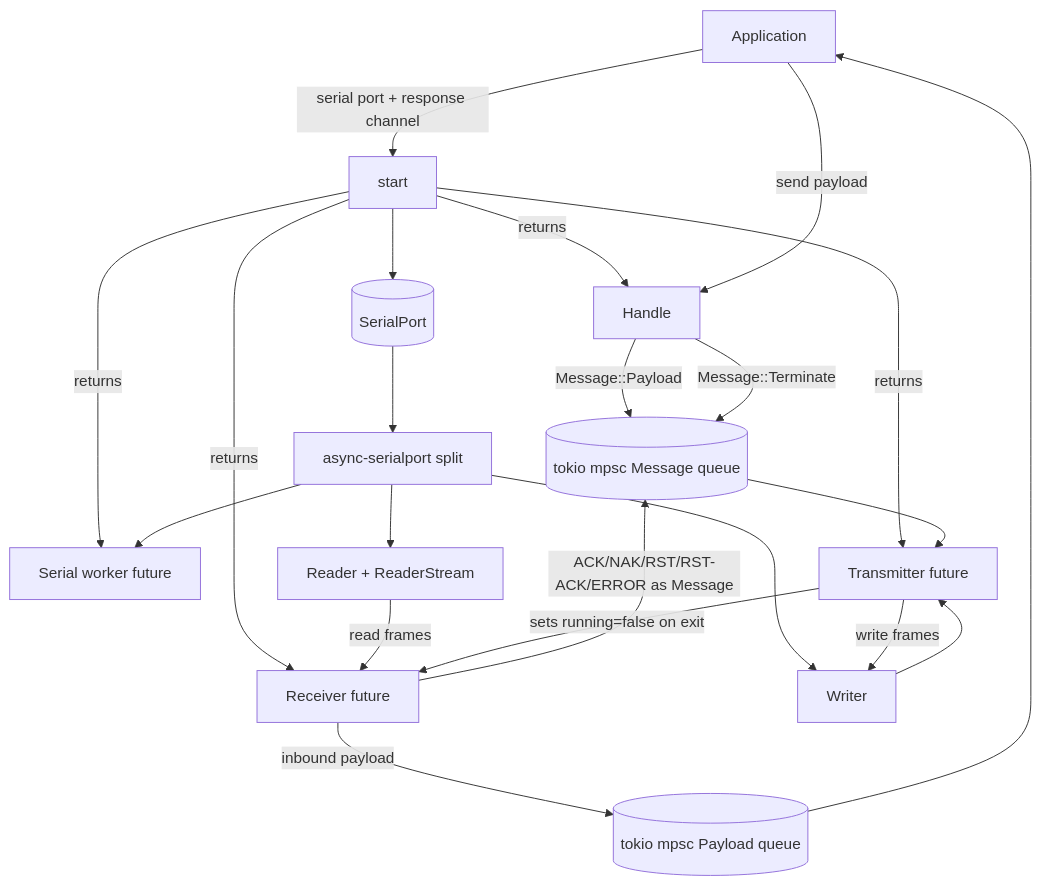
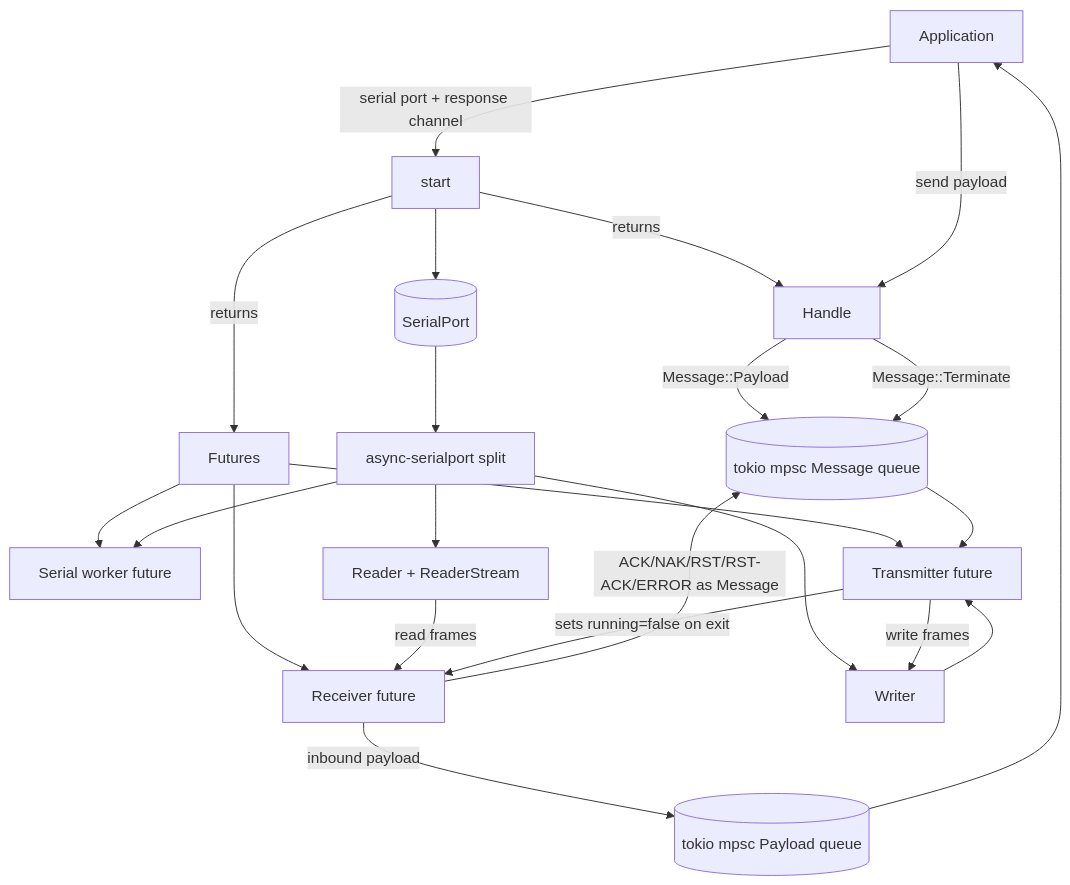
The first of 4 diagrams in ARCHITECTURE.md (PaulmannLighting/ashv2), drawn with Mermaid before and after one commit. The commit also changed other lines of this file and 4 other files, not shown here.

````diff
--- a/ARCHITECTURE.md
+++ b/ARCHITECTURE.md
@@ -21,37 +22,39 @@
 ```mermaid
 flowchart TD
     App[Application]
     Start[start]
     Handle[Handle]
-    WorkerFuture[Serial worker future]
+    Futures[Futures]
+    Worker[Serial worker future]
     Tx[Transmitter future]
     Rx[Receiver future]
     Split[async-serialport split]
     Reader[Reader + ReaderStream]
     Writer[Writer]
     MsgQ[(tokio mpsc Message queue)]
     RespQ[(tokio mpsc Payload queue)]
     Serial[(SerialPort)]
 
     App -->|serial port + response channel| Start
     Start -->|returns| Handle
-    Start -->|returns| WorkerFuture
-    Start -->|returns| Tx
-    Start -->|returns| Rx
+    Start -->|returns| Futures
+    Futures --> Worker
+    Futures --> Tx
+    Futures --> Rx
     Start --> Serial
     App -->|send payload| Handle
     Serial --> Split
     Split --> Reader
     Split --> Writer
-    Split --> WorkerFuture
+    Split --> Worker
     Handle -->|Message::Payload| MsgQ
     MsgQ --> Tx
     Writer --> Tx
     Tx -->|write frames| Writer
     Reader -->|read frames| Rx
     Rx -->|inbound payload| RespQ
     RespQ --> App
     Rx -->|ACK/NAK/RST/RST-ACK/ERROR as Message| MsgQ
     Handle -->|Message::Terminate| MsgQ
     Tx -->|sets running=false on exit| Rx
 ```
````
